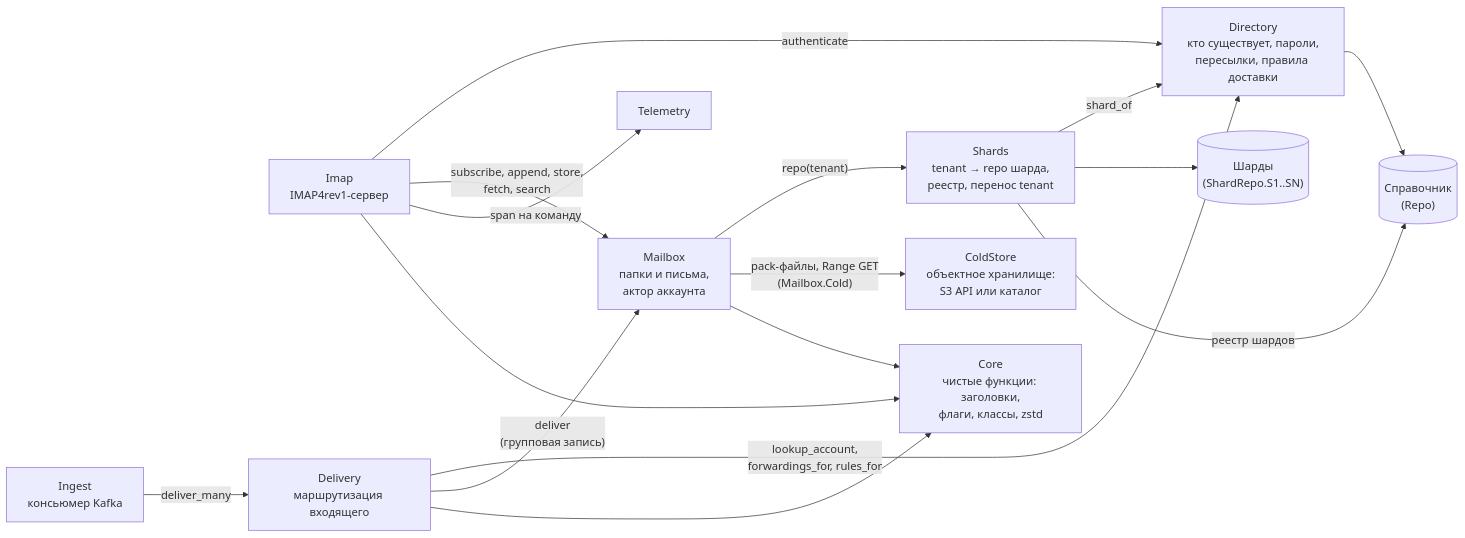
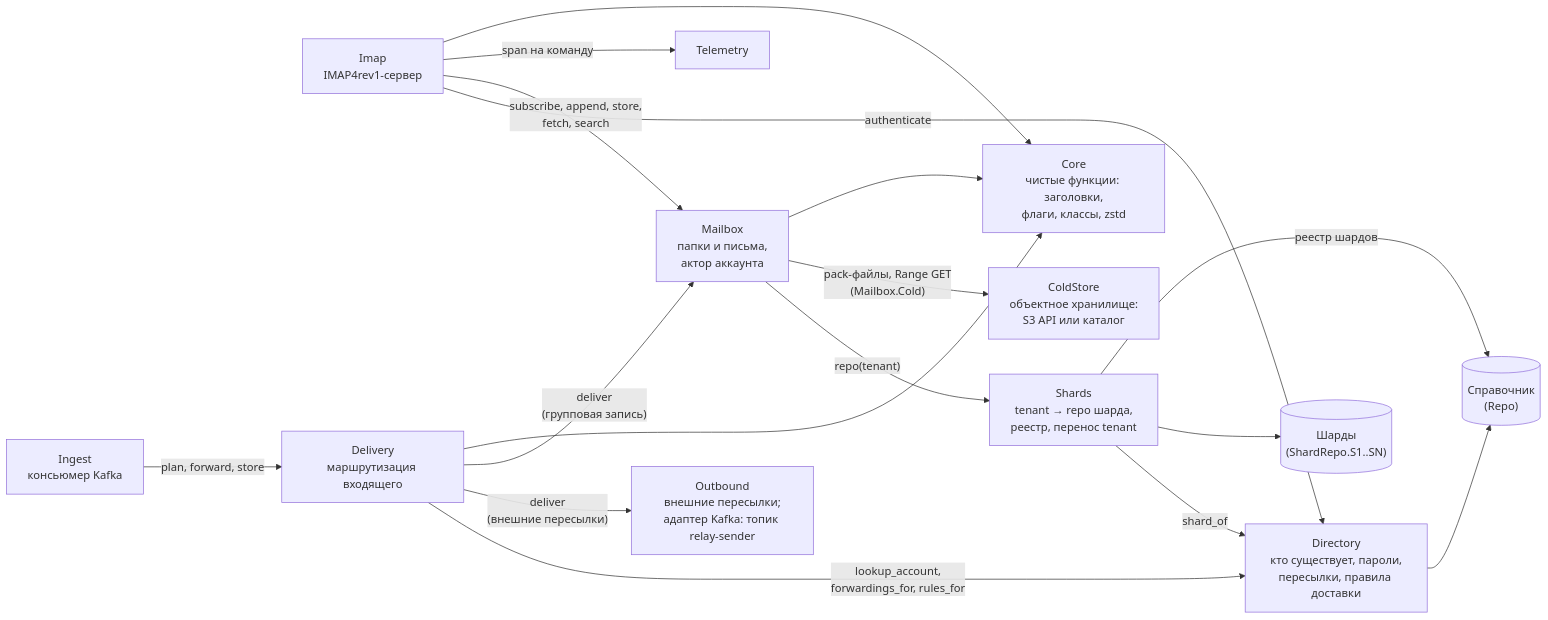
The third of 8 diagrams in docs/architecture.md (ichi404gh/mailstore), drawn with Mermaid before and after one commit. The commit also changed other lines of this file and 21 other files, not shown here.

First line of the commit message:
Outbound: forwards to external targets, through the relay sender's Kafka topic

````diff
--- a/docs/architecture.md
+++ b/docs/architecture.md
@@ -123,30 +125,32 @@
 ```mermaid
 flowchart LR
   imap["Imap<br/>IMAP4rev1-сервер"]
   ingest["Ingest<br/>консьюмер Kafka"]
   delivery["Delivery<br/>маршрутизация входящего"]
   directory["Directory<br/>кто существует, пароли,<br/>пересылки, правила доставки"]
   mailbox["Mailbox<br/>папки и письма,<br/>актор аккаунта"]
   shards["Shards<br/>tenant → repo шарда,<br/>реестр, перенос tenant"]
   coldstore["ColdStore<br/>объектное хранилище:<br/>S3 API или каталог"]
+  outbound["Outbound<br/>внешние пересылки;<br/>адаптер Kafka: топик relay-sender"]
   core["Core<br/>чистые функции: заголовки,<br/>флаги, классы, zstd"]
   telemetry["Telemetry"]
   repo[("Справочник<br/>(Repo)")]
   shardrepo[("Шарды<br/>(ShardRepo.S1..SN)")]
 
   imap -->|authenticate| directory
   imap -->|"subscribe, append, store,<br/>fetch, search"| mailbox
   imap -->|"span на команду"| telemetry
   delivery -->|"lookup_account,<br/>forwardings_for, rules_for"| directory
-  ingest -->|deliver_many| delivery
+  ingest -->|"plan, forward, store"| delivery
+  delivery -->|"deliver<br/>(внешние пересылки)"| outbound
   delivery -->|"deliver<br/>(групповая запись)"| mailbox
   mailbox -->|"repo(tenant)"| shards
   mailbox -->|"pack-файлы, Range GET<br/>(Mailbox.Cold)"| coldstore
   shards -->|"shard_of"| directory
   shards --> shardrepo
   shards -->|"реестр шардов"| repo
   directory --> repo
   imap --> core
   delivery --> core
   mailbox --> core
 ```
````
